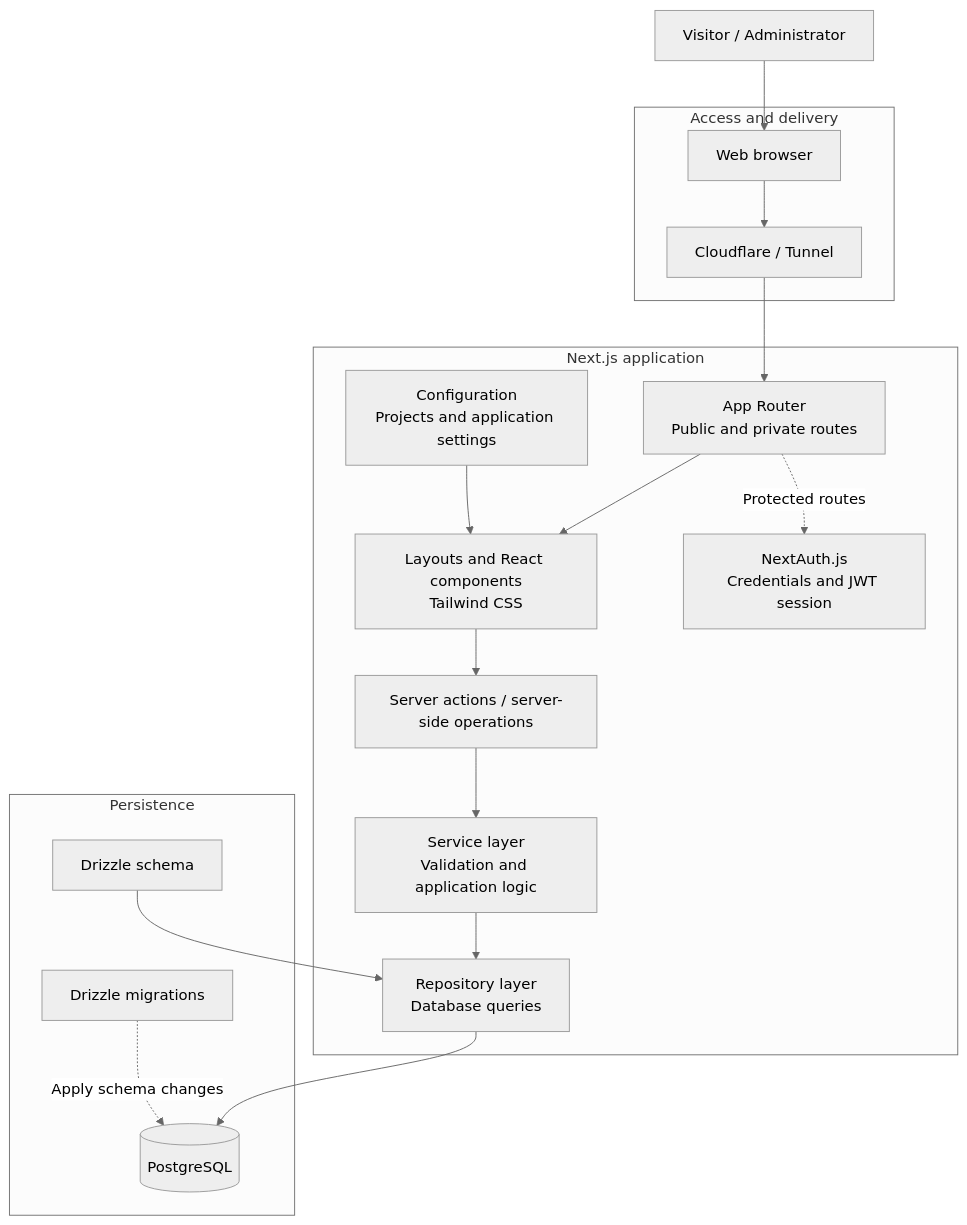
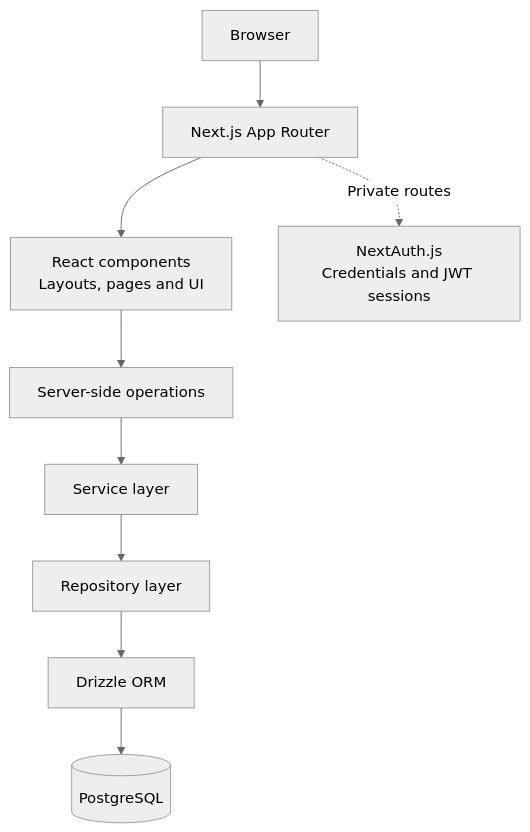
One commit to GrayHound85/personal-site changed the diagram in README.md. Above: the diagram before and after it, drawn with Mermaid (neutral theme). The commit also changed other lines of this file, not shown here.

````diff
--- a/README.md
+++ b/README.md
@@ -114,38 +36,21 @@
-``` mermaid
-flowchart TB
-    Visitor["Visitor / Administrator"]
+```mermaid
+flowchart TD
+    Browser["Browser"]
+    Routes["Next.js App Router"]
+    UI["React components<br/>Layouts, pages and UI"]
+    Auth["NextAuth.js<br/>Credentials and JWT sessions"]
+    Actions["Server-side operations"]
+    Service["Service layer"]
+    Repo["Repository layer"]
+    Drizzle["Drizzle ORM"]
+    DB[("PostgreSQL")]
 
-    subgraph Access["Access and delivery"]
-        Browser["Web browser"]
-        CF["Cloudflare / Tunnel"]
-    end
-
-    subgraph App["Next.js application"]
-        Routes["App Router<br/>Public and private routes"]
-        UI["Layouts and React components<br/>Tailwind CSS"]
-        Auth["NextAuth.js<br/>Credentials and JWT session"]
-        Actions["Server actions / server-side operations"]
-        Services["Service layer<br/>Validation and application logic"]
-        Repositories["Repository layer<br/>Database queries"]
-        Config["Configuration<br/>Projects and application settings"]
-    end
-
-    subgraph Persistence["Persistence"]
-        DB[("PostgreSQL")]
-        Schema["Drizzle schema"]
-        Migrations["Drizzle migrations"]
-    end
-
-    Visitor --> Browser
-    Browser --> CF
-    CF --> Routes
+    Browser --> Routes
     Routes --> UI
-    Routes -. "Protected routes" .-> Auth
+    Routes -. "Private routes" .-> Auth
     UI --> Actions
-    Actions --> Services
-    Services --> Repositories
-    Repositories --> DB
-    Schema --> Repositories
-    Migrations -. "Apply schema changes" .-> DB
-    Config --> UI
+    Actions --> Service
+    Service --> Repo
+    Repo --> Drizzle
+    Drizzle --> DB
 ```
````
